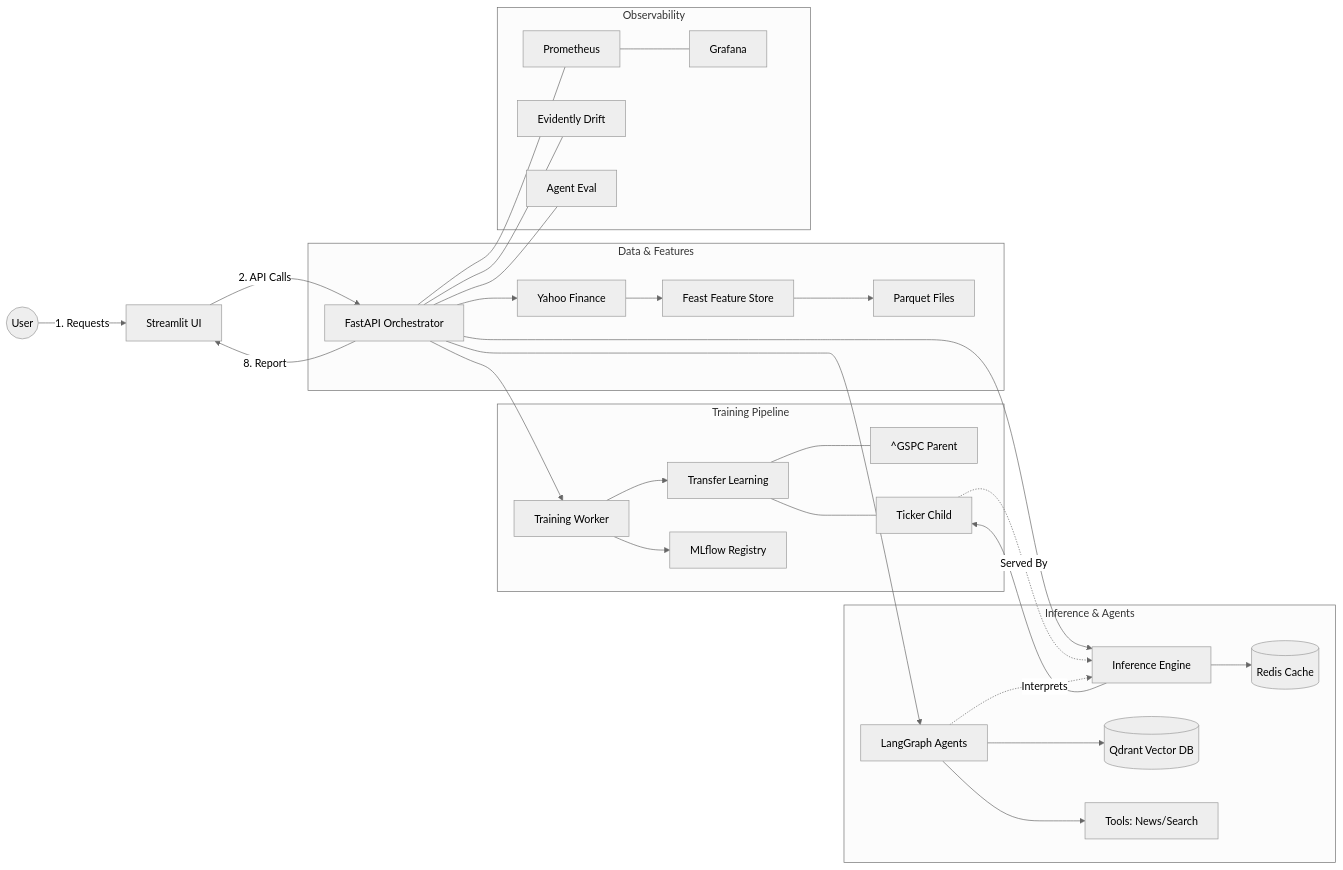
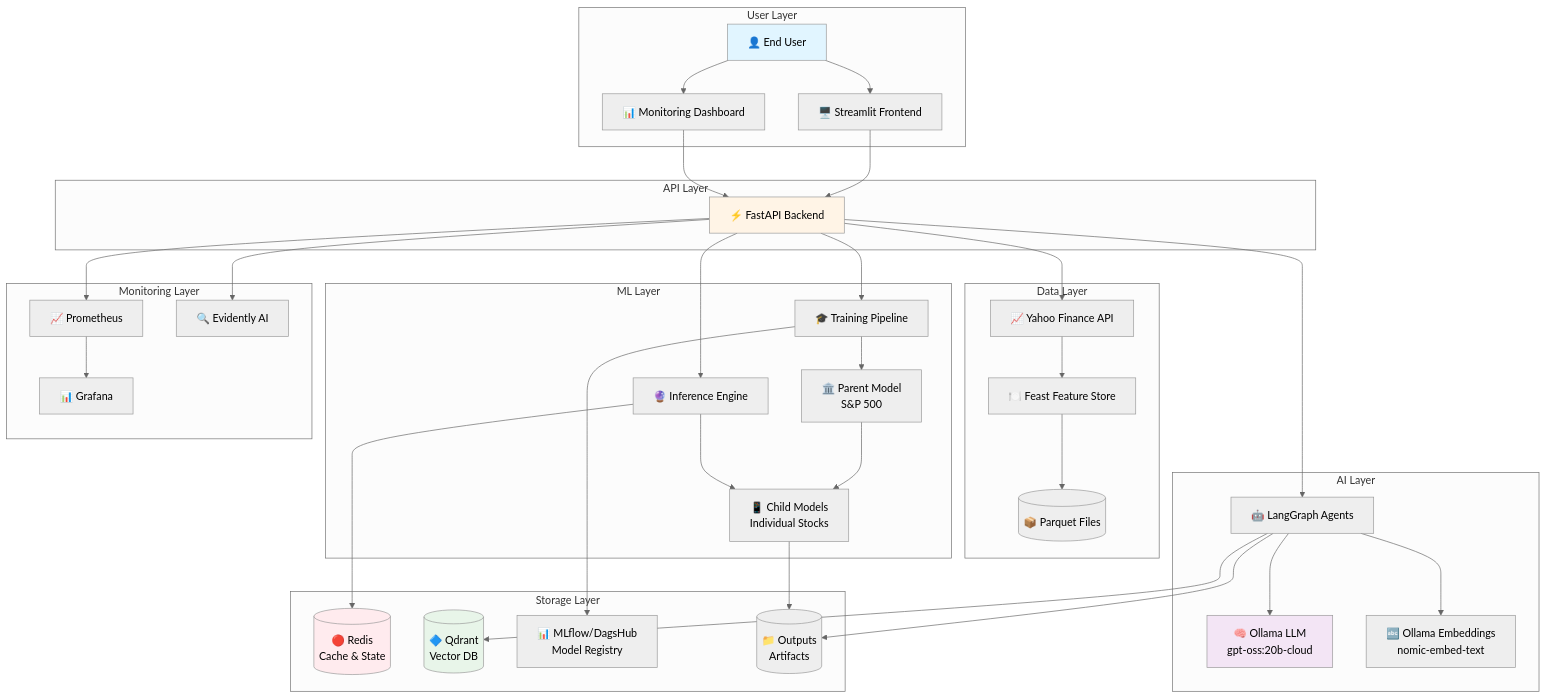
Before and after one commit to iankisali/stock-agent-ops: the first of 12 diagrams in doc/system_design.md, drawn with Mermaid (neutral theme). The commit also changed other lines of this file and 5 other files, not shown here.

````diff
--- a/doc/system_design.md
+++ b/doc/system_design.md
@@ -44,42 +57,79 @@
 ```mermaid
-graph LR
-    %% User Interaction
-    User((User)) -->|1. Requests| UI[Streamlit UI]
-    UI -->|2. API Calls| API[FastAPI Orchestrator]
-    API -->|8. Report| UI
-
-    subgraph Data_Flow [Data & Features]
-        API --> YF[Yahoo Finance]
-        YF --> FST[Feast Feature Store]
-        FST --> PAR[Parquet Files]
+graph TB
+    subgraph "User Layer"
+        USER[👤 End User]
+        UI[🖥️ Streamlit Frontend]
+        MON_UI[📊 Monitoring Dashboard]
     end
-
-    subgraph Training_Phase [Training Pipeline]
-        API --> TRN[Training Worker]
-        TRN --> TL[Transfer Learning]
-        TL --- P_MDL[^GSPC Parent]
-        TL --- C_MDL[Ticker Child]
-        TRN --> MLF[MLflow Registry]
+    
+    subgraph "API Layer"
+        API[⚡ FastAPI Backend]
     end
-
-    subgraph Serving_Phase [Inference & Agents]
-        API --> INF[Inference Engine]
-        INF --> RED[(Redis Cache)]
-        INF --> C_MDL
-        
-        API --> AGT[LangGraph Agents]
-        AGT --> QDR[(Qdrant Vector DB)]
-        AGT --> TA[Tools: News/Search]
+    
+    subgraph "Data Layer"
+        YF[📈 Yahoo Finance API]
+        FEAST[🍽️ Feast Feature Store]
+        PARQUET[(📦 Parquet Files)]
     end
-
-    subgraph Monitoring_Phase [Observability]
-        API --- PROM[Prometheus]
-        PROM --- GRAF[Grafana]
-        API --- EVT[Evidently Drift]
-        API --- AE[Agent Eval]
+    
+    subgraph "ML Layer"
+        TRAIN[🎓 Training Pipeline]
+        INFER[🔮 Inference Engine]
+        PARENT[🏛️ Parent Model<br/>S&P 500]
+        CHILD[📱 Child Models<br/>Individual Stocks]
     end
-
-    %% Key Connections
-    C_MDL -.->|Served By| INF
-    AGT -.->|Interprets| INF
+    
+    subgraph "AI Layer"
+        AGENT[🤖 LangGraph Agents]
+        OLLAMA[🧠 Ollama LLM<br/>gpt-oss:20b-cloud]
+        EMBED[🔤 Ollama Embeddings<br/>nomic-embed-text]
+    end
+    
+    subgraph "Storage Layer"
+        REDIS[(🔴 Redis<br/>Cache & State)]
+        QDRANT[(🔷 Qdrant<br/>Vector DB)]
+        MLFLOW[📊 MLflow/DagsHub<br/>Model Registry]
+        OUTPUTS[(📁 Outputs<br/>Artifacts)]
+    end
+    
+    subgraph "Monitoring Layer"
+        PROM[📈 Prometheus]
+        GRAF[📊 Grafana]
+        EVID[🔍 Evidently AI]
+    end
+    
+    USER --> UI
+    USER --> MON_UI
+    UI --> API
+    MON_UI --> API
+    
+    API --> YF
+    YF --> FEAST
+    FEAST --> PARQUET
+    
+    API --> TRAIN
+    API --> INFER
+    TRAIN --> PARENT
+    PARENT --> CHILD
+    TRAIN --> MLFLOW
+    INFER --> CHILD
+    INFER --> REDIS
+    
+    API --> AGENT
+    AGENT --> OLLAMA
+    AGENT --> EMBED
+    AGENT --> QDRANT
+    
+    CHILD --> OUTPUTS
+    AGENT --> OUTPUTS
+    
+    API --> PROM
+    PROM --> GRAF
+    API --> EVID
+    
+    style USER fill:#e1f5ff
+    style API fill:#fff4e6
+    style OLLAMA fill:#f3e5f5
+    style REDIS fill:#ffebee
+    style QDRANT fill:#e8f5e9
 ```
````
